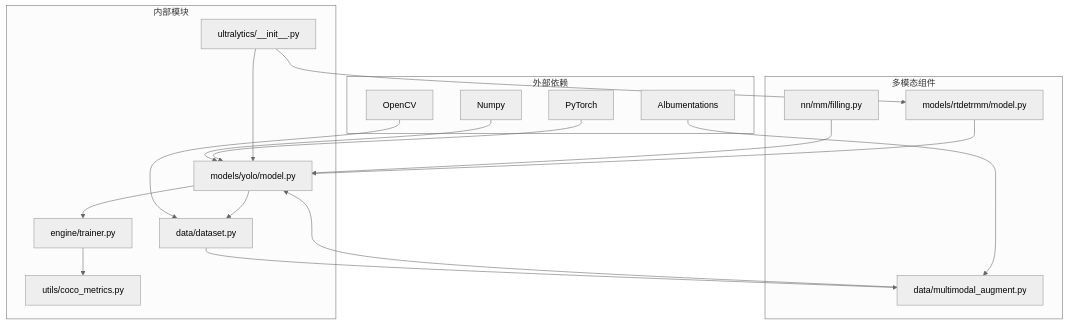
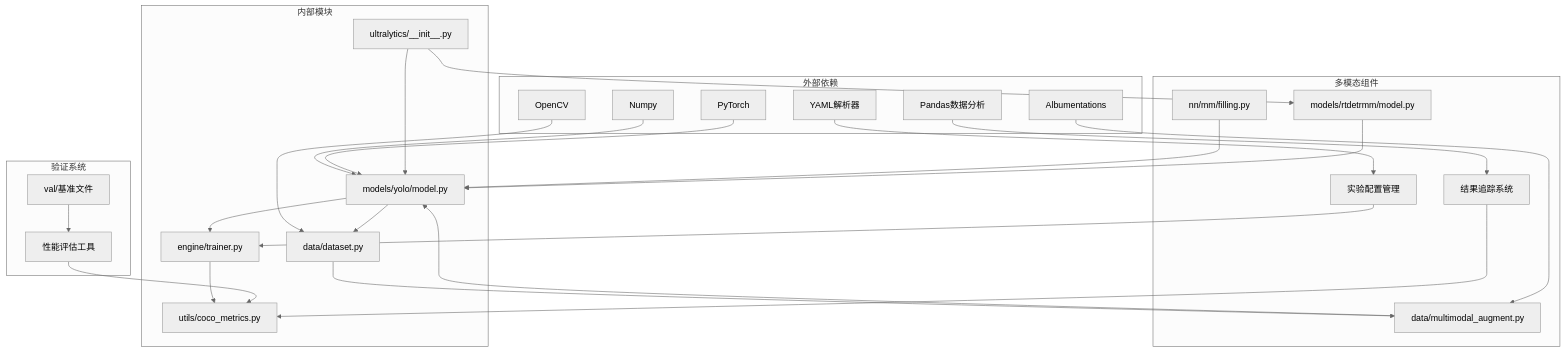
The ninth of 9 diagrams in .qoder/repowiki/zh/content/模型配置与管理/训练配置管理/多模态训练验证系统.md (2208754827/MM-IMPROVE), drawn with Mermaid (neutral theme) before and after one commit. The commit also changed other lines of this file and 1211 other files, not shown here.

````diff
--- a/.qoder/repowiki/zh/content/模型配置与管理/训练配置管理/多模态训练验证系统.md
+++ b/.qoder/repowiki/zh/content/模型配置与管理/训练配置管理/多模态训练验证系统.md
@@ -343,34 +500,48 @@
 ```mermaid
 graph TB
 subgraph "外部依赖"
 A[Numpy]
 B[PyTorch]
 C[OpenCV]
 D[Albumentations]
+E[YAML解析器]
+F[Pandas数据分析]
 end
 subgraph "内部模块"
-E[ultralytics/__init__.py]
-F[models/yolo/model.py]
-G[data/dataset.py]
-H[engine/trainer.py]
-I[utils/coco_metrics.py]
+G[ultralytics/__init__.py]
+H[models/yolo/model.py]
+I[data/dataset.py]
+J[engine/trainer.py]
+K[utils/coco_metrics.py]
 end
 subgraph "多模态组件"
-J[nn/mm/filling.py]
-K[data/multimodal_augment.py]
-L[models/rtdetrmm/model.py]
+L[nn/mm/filling.py]
+M[data/multimodal_augment.py]
+N[models/rtdetrmm/model.py]
+O[实验配置管理]
+P[结果追踪系统]
 end
-A --> F
-B --> F
-C --> G
-D --> K
-E --> F
-E --> L
-F --> G
-F --> H
-G --> K
+subgraph "验证系统"
+Q[val/基准文件]
+R[性能评估工具]
+end
+A --> H
+B --> H
+C --> I
+D --> M
+E --> O
+F --> P
+G --> H
+G --> N
 H --> I
-J --> F
-K --> F
-L --> F
+H --> J
+I --> M
+J --> K
+L --> H
+M --> H
+N --> H
+O --> J
+P --> K
+Q --> R
+R --> K
 ```
````
